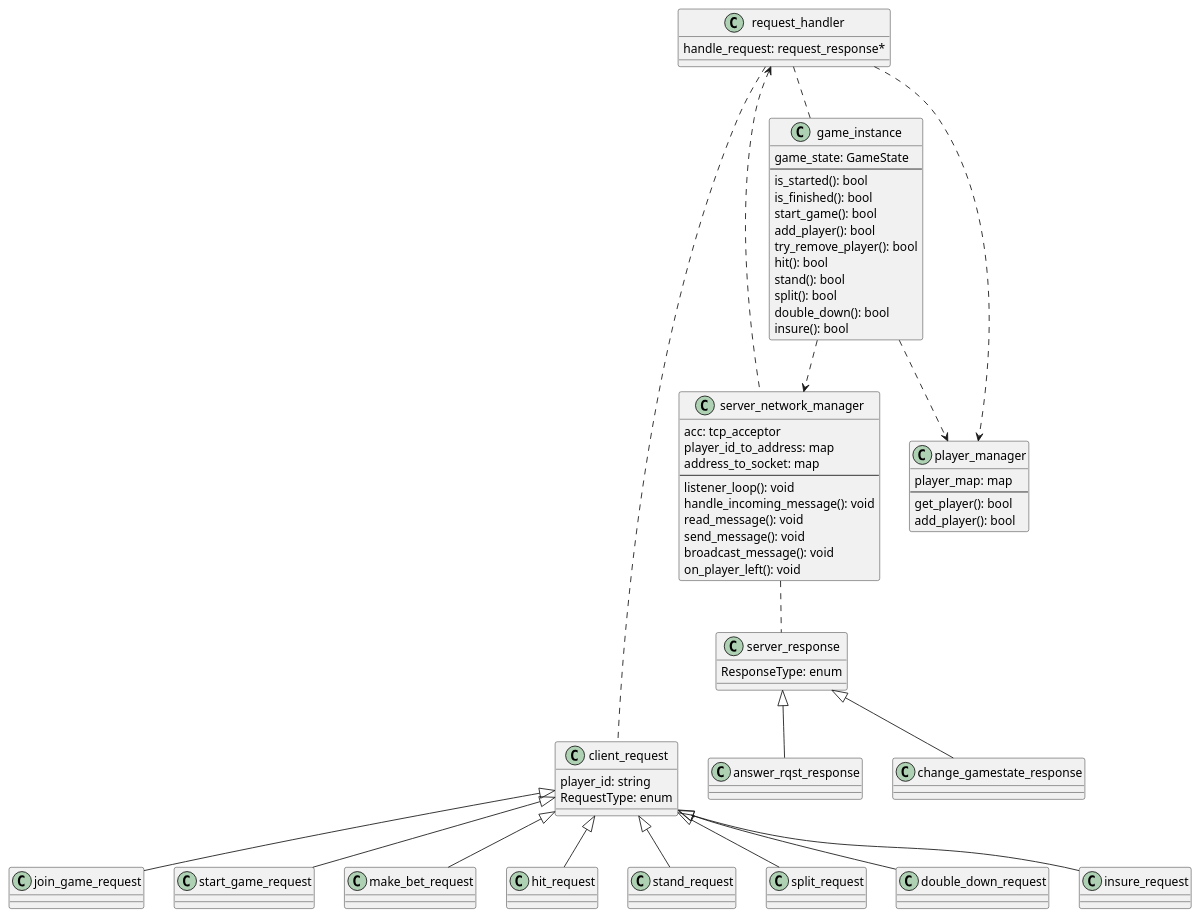
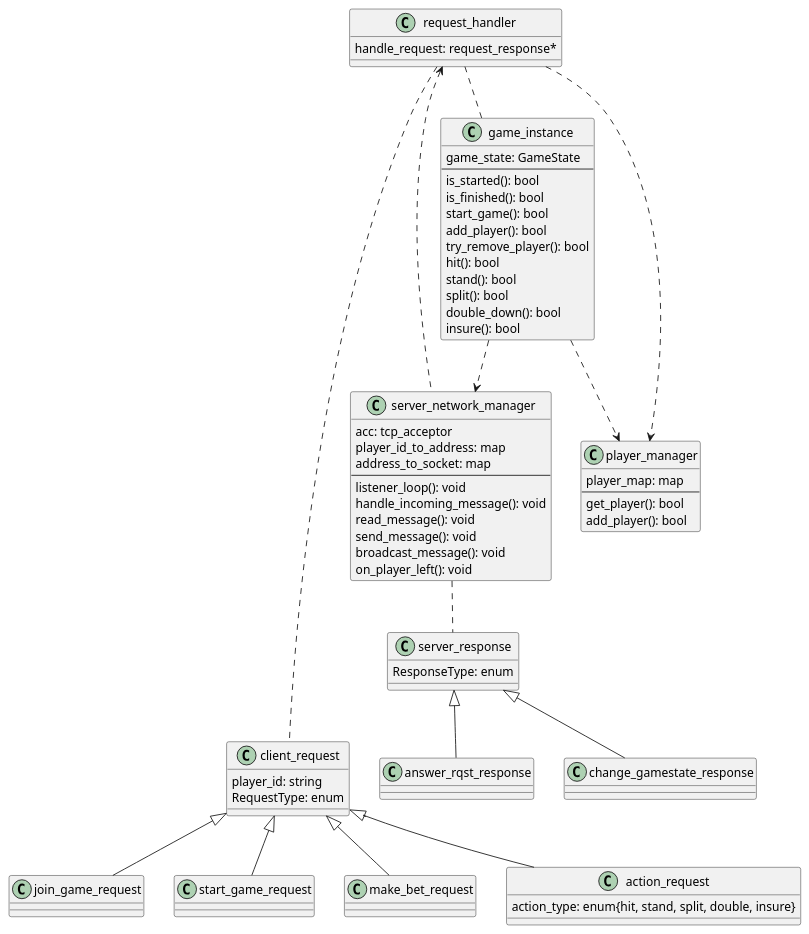
The diagram in sds/plant_codes/cs_classdiag_alt_2.puml (luca-commits/blackjack), drawn with PlantUML before and after one commit. The commit also changed 5 other files, not shown here.

Commit message:
update diagram svg

```diff
--- a/sds/plant_codes/cs_classdiag_alt_2.puml
+++ b/sds/plant_codes/cs_classdiag_alt_2.puml
@@ -1,82 +1,85 @@
 @startuml
 
 Class server_network_manager{
     acc: tcp_acceptor
     player_id_to_address: map
     address_to_socket: map
     --
     listener_loop(): void
     handle_incoming_message(): void
     read_message(): void
     send_message(): void
     broadcast_message(): void
     on_player_left(): void
 }
 
 Class player_manager{
     player_map: map
     --
     get_player(): bool
     add_player(): bool
 }
 
 Class game_instance{
     game_state: GameState
     --
     is_started(): bool  
     is_finished(): bool
     start_game(): bool
     add_player(): bool
     try_remove_player(): bool
     hit(): bool
     stand(): bool
     split(): bool
     double_down(): bool
     insure(): bool
 }
 
 Class request_handler{
     handle_request: request_response*
 
 }
 
 
 together {
 
 class client_request{
 player_id: string
 RequestType: enum
 }
 client_request <|-- join_game_request
 client_request <|-- start_game_request
 client_request <|-- make_bet_request
-client_request <|-- hit_request
-client_request <|-- stand_request
-client_request <|-- split_request
-client_request <|-- double_down_request
-client_request <|-- insure_request
+client_request <|-- action_request
+' client_request <|-- hit_request
+' client_request <|-- stand_request
+' client_request <|-- split_request
+' client_request <|-- double_down_request
+' client_request <|-- insure_request
 
-
+class action_request{
+    action_type: enum{hit, stand, split, double, insure}
+}
 class server_response{
 ResponseType: enum
 }
 server_response <|-down-  answer_rqst_response
 server_response <|-down-  change_gamestate_response
 
 }
 
 server_response .[hidden]. client_request
 
 
 
 request_handler .. game_instance
 request_handler ..> player_manager
 request_handler <.. server_network_manager
 game_instance ..> server_network_manager
 game_instance ..> player_manager
 
 request_handler .right. client_request
 server_network_manager .. server_response
 
 
 @enduml
```
